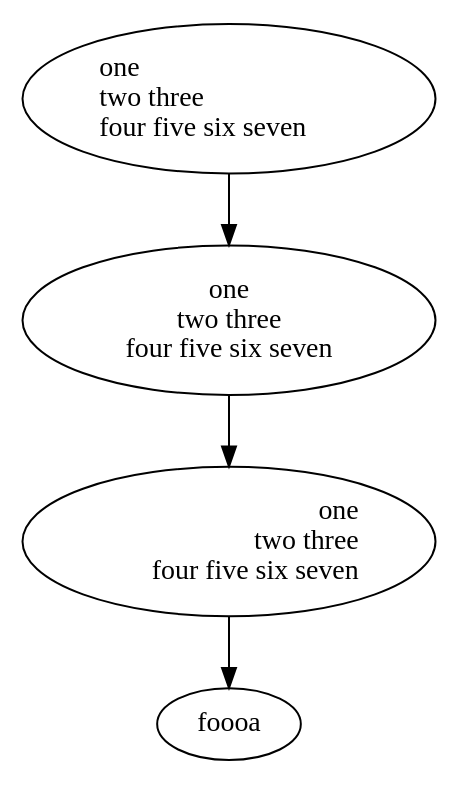
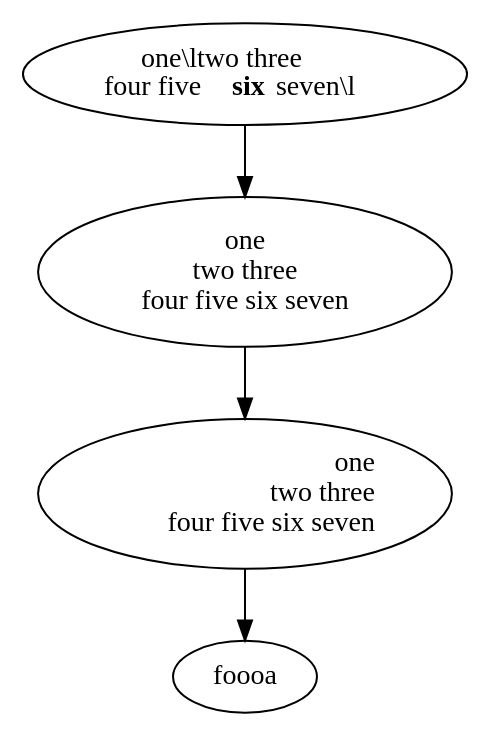
The diagram in graphviz/test.dot (nathanbabcock/lux-ai), drawn with Graphviz before and after one commit. The commit also changed 2 other files, not shown here.

Commit message:
Add plays/wins to graphviz render

```diff
--- a/graphviz/test.dot
+++ b/graphviz/test.dot
@@ -1,11 +1,11 @@
 digraph L {
-  a  [label="one\ltwo three\lfour five six seven\l"]
+  a  [label=<one\ltwo three<br/>four five <b>six</b> seven\l>]
   b  [label="one\ntwo three\nfour five six seven"]
   c  [label="one\rtwo three\rfour five six seven\r"]
 
   a -> b -> c
 
   d [label="foooa"]
 
   c -> d
 }
```
